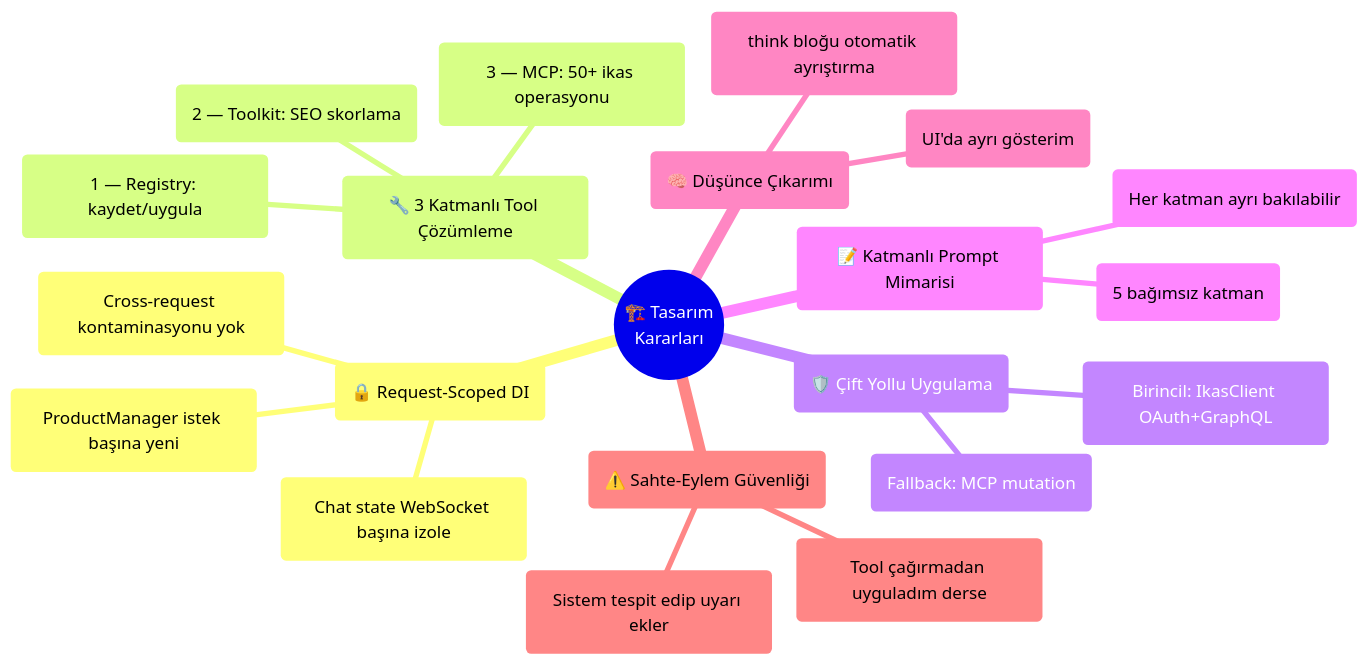
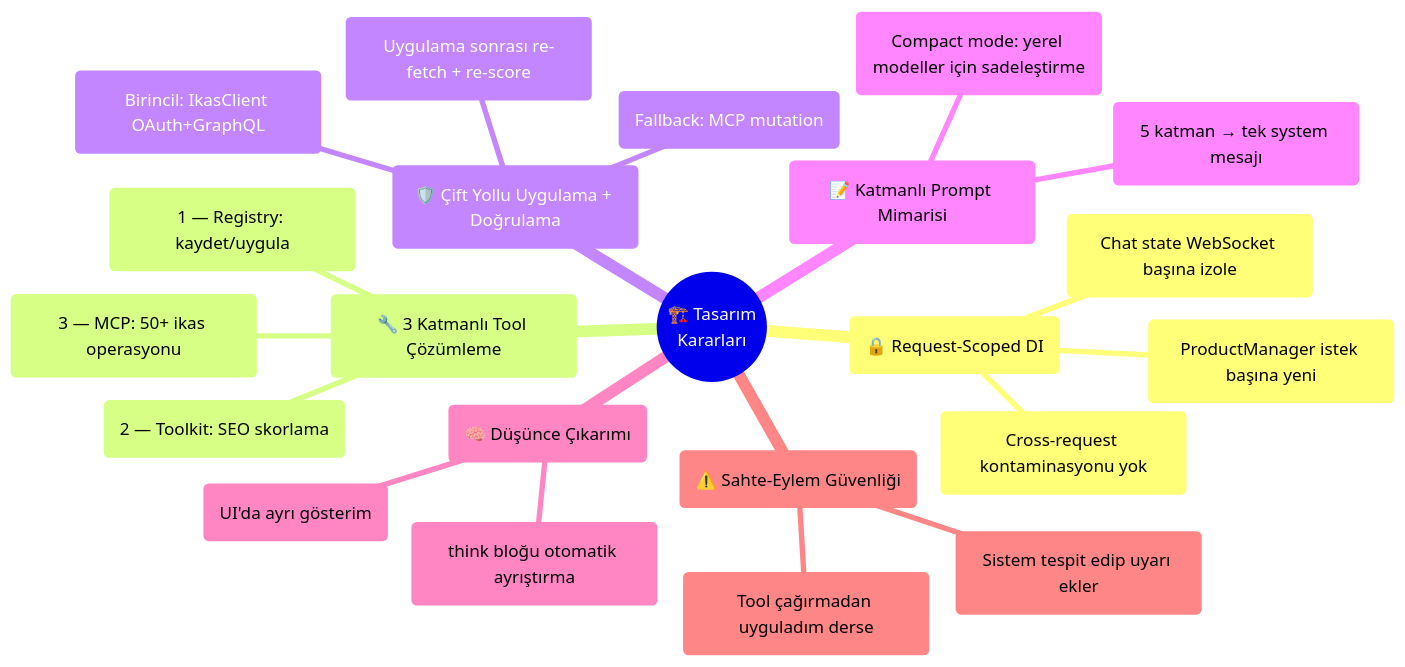
Before and after one commit to YigitKa/ikas-ai-seo-agent: the ninth of 15 diagrams in README.md, drawn with Mermaid. The commit also changed other lines of this file and 1 other file, not shown here.

Commit message:
feat: Add post-apply verification for SEO changes, including re-fetching and score comparison

````diff
--- a/README.md
+++ b/README.md
@@ -322,24 +330,25 @@
 ```mermaid
 mindmap
   root(("🏗️ Tasarım<br/>Kararları"))
     ("🔒 Request-Scoped DI")
       ("ProductManager istek başına yeni")
       ("Chat state WebSocket başına izole")
       ("Cross-request kontaminasyonu yok")
     ("🔧 3 Katmanlı Tool Çözümleme")
       ("1 — Registry: kaydet/uygula")
       ("2 — Toolkit: SEO skorlama")
       ("3 — MCP: 50+ ikas operasyonu")
-    ("🛡️ Çift Yollu Uygulama")
+    ("🛡️ Çift Yollu Uygulama + Doğrulama")
       ("Birincil: IkasClient OAuth+GraphQL")
       ("Fallback: MCP mutation")
+      ("Uygulama sonrası re-fetch + re-score")
     ("📝 Katmanlı Prompt Mimarisi")
-      ("5 bağımsız katman")
-      ("Her katman ayrı bakılabilir")
+      ("5 katman → tek system mesajı")
+      ("Compact mode: yerel modeller için sadeleştirme")
     ("🧠 Düşünce Çıkarımı")
       ("think bloğu otomatik ayrıştırma")
       ("UI'da ayrı gösterim")
     ("⚠️ Sahte-Eylem Güvenliği")
       ("Tool çağırmadan uyguladım derse")
       ("Sistem tespit edip uyarı ekler")
 ```
````
